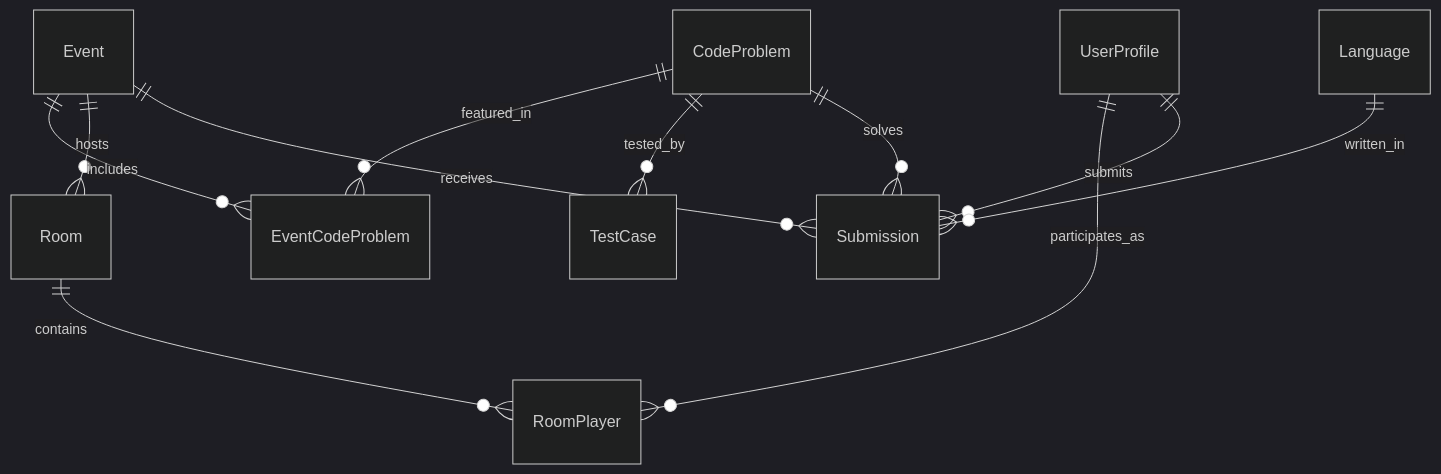
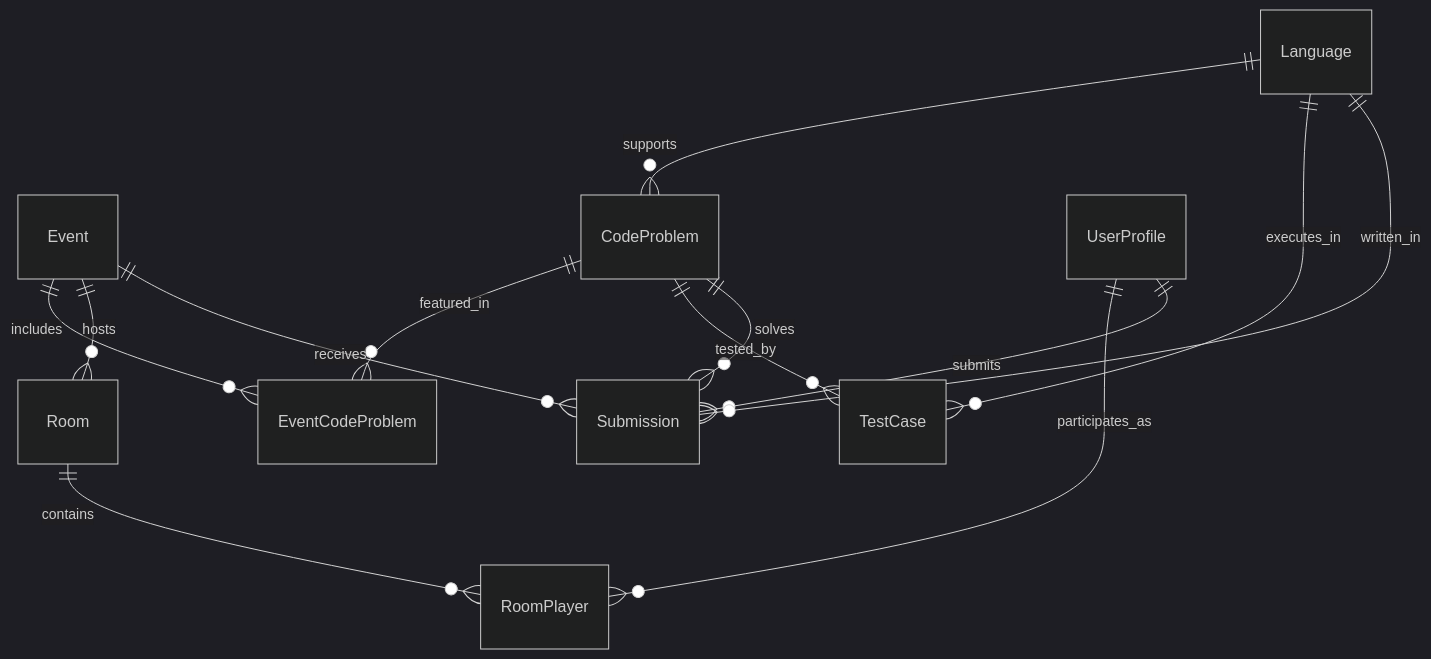
Before and after one commit to FA25SE050-RogueLearn/RogueLearn.BMAD.Documentation: the diagram in mermaid-diagrams/erd/code-battle-service-erd.md, drawn with Mermaid (dark theme). The commit also changed 6 other files, not shown here.

````diff
--- a/mermaid-diagrams/erd/code-battle-service-erd.md
+++ b/mermaid-diagrams/erd/code-battle-service-erd.md
@@ -5,13 +5,15 @@
 ```mermaid
 erDiagram
-    Event ||--o{ EventCodeProblem : "includes"
-    CodeProblem ||--o{ EventCodeProblem : "featured_in"
-    CodeProblem ||--o{ TestCase : "tested_by"
-    Event ||--o{ Room : "hosts"
-    Room ||--o{ RoomPlayer : "contains"
-    UserProfile ||--o{ RoomPlayer : "participates_as"
-    UserProfile ||--o{ Submission : "submits"
-    Event ||--o{ Submission : "receives"
-    CodeProblem ||--o{ Submission : "solves"
-    Language ||--o{ Submission : "written_in"
+    Event ||--o{ EventCodeProblem : includes
+    CodeProblem ||--o{ EventCodeProblem : featured_in
+    CodeProblem ||--o{ TestCase : tested_by
+    Language ||--o{ CodeProblem : supports
+    Language ||--o{ TestCase : executes_in
+    Event ||--o{ Room : hosts
+    Room ||--o{ RoomPlayer : contains
+    UserProfile ||--o{ RoomPlayer : participates_as
+    UserProfile ||--o{ Submission : submits
+    Event ||--o{ Submission : receives
+    CodeProblem ||--o{ Submission : solves
+    Language ||--o{ Submission : written_in
 ```
````
